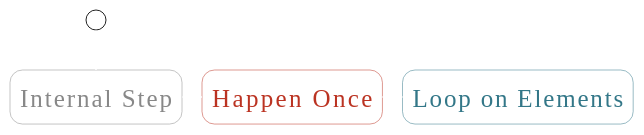
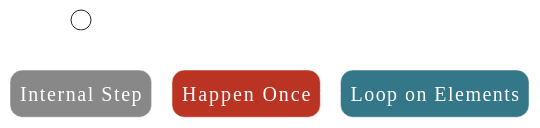
The diagram in parts/legend.adoc (astefanutti/further-cdi), drawn with PlantUML before and after one commit. The commit also changed 1 other file, not shown here.

Commit message:
Use lifecycle legend consistently

```diff
--- a/parts/legend.adoc
+++ b/parts/legend.adoc
@@ -1,30 +1,27 @@
-[plantuml, "lifecycle-legend-light", "svg", height="10%", width="230", role="pull-right"]
+[plantuml, "lifecycle-legend", "svg", height="40", width="230", role="pull-right"]
 ----
 @startuml
 
 skinparam shadowing false
 skinparam backgroundColor transparent
 skinparam defaultFontName Consolas
 
 skinparam activity {
-  FontSize 25
+  StartColor white
+  BackgroundColor #337788
+  BackgroundColor<< Internal >> #888888
+  BackgroundColor<< Once >> #BB3322
+  ArrowColor white
+  BarColor #888888
+  BorderColor White
   FontName Consolas
-  StartColor white
-  ArrowColor white
-  BorderColor White
-  BackgroundColor White
-
-  BorderColor<< Once >> #BB3322
-  FontColor<< Once >> #BB3322
-  BorderColor<< Loop >> #337788
-  FontColor<< Loop >> #337788
-  BorderColor<< Internal >> #888888
-  FontColor<< Internal >> #888888
+  FontColor White
+  FontSize 20
 }
 
 (*) -down-> "Internal Step" << Internal >>
--right-> "Happen Once" << Once >>
--right-> "Loop on Elements" << Loop >>
+-right-> "Happen Once" <<Once>>
+-right-> "Loop on Elements"
 
 @enduml
 ----
```
